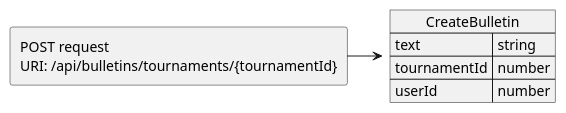
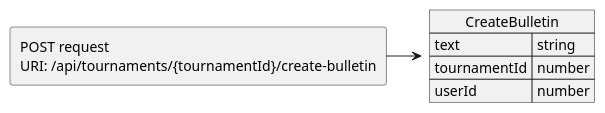
The diagram in docs/JSON Contracts/Requests/CreateBulletin.puml (JKMN-Projects/TeamTactics), drawn with PlantUML before and after one commit. The commit also changed 15 other files, not shown here.

Commit message:
Added create bulletin with tests

```diff
--- a/docs/JSON Contracts/Requests/CreateBulletin.puml
+++ b/docs/JSON Contracts/Requests/CreateBulletin.puml
@@ -1,12 +1,12 @@
 @startuml Create bulletin request
 allowmixing
 
-agent "POST request \nURI: /api/bulletins/tournaments/{tournamentId}"
+agent "POST request \nURI: /api/tournaments/{tournamentId}/create-bulletin"
   json "CreateBulletin" as J {
     "text": "string",
     "tournamentId": "number",
     "userId": "number"
   }
 
-"POST request \nURI: /api/bulletins/tournaments/{tournamentId}" -> J 
+"POST request \nURI: /api/tournaments/{tournamentId}/create-bulletin" -> J 
 @enduml
```
